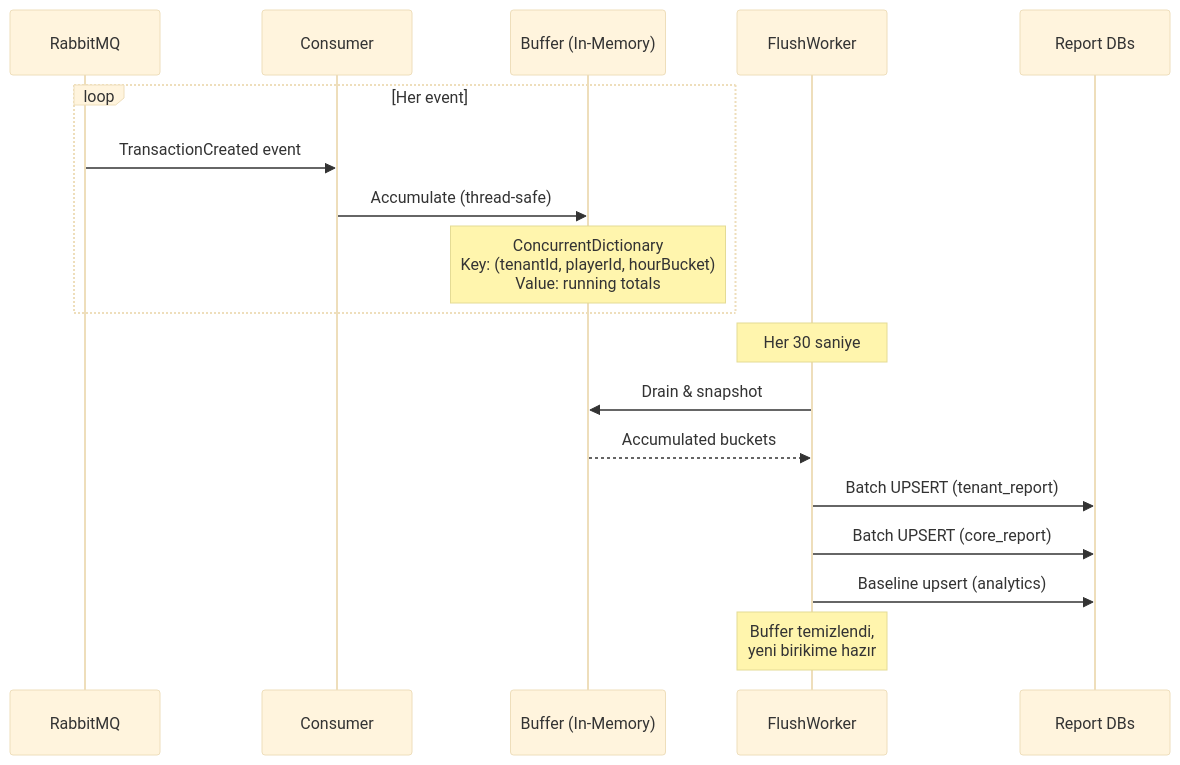
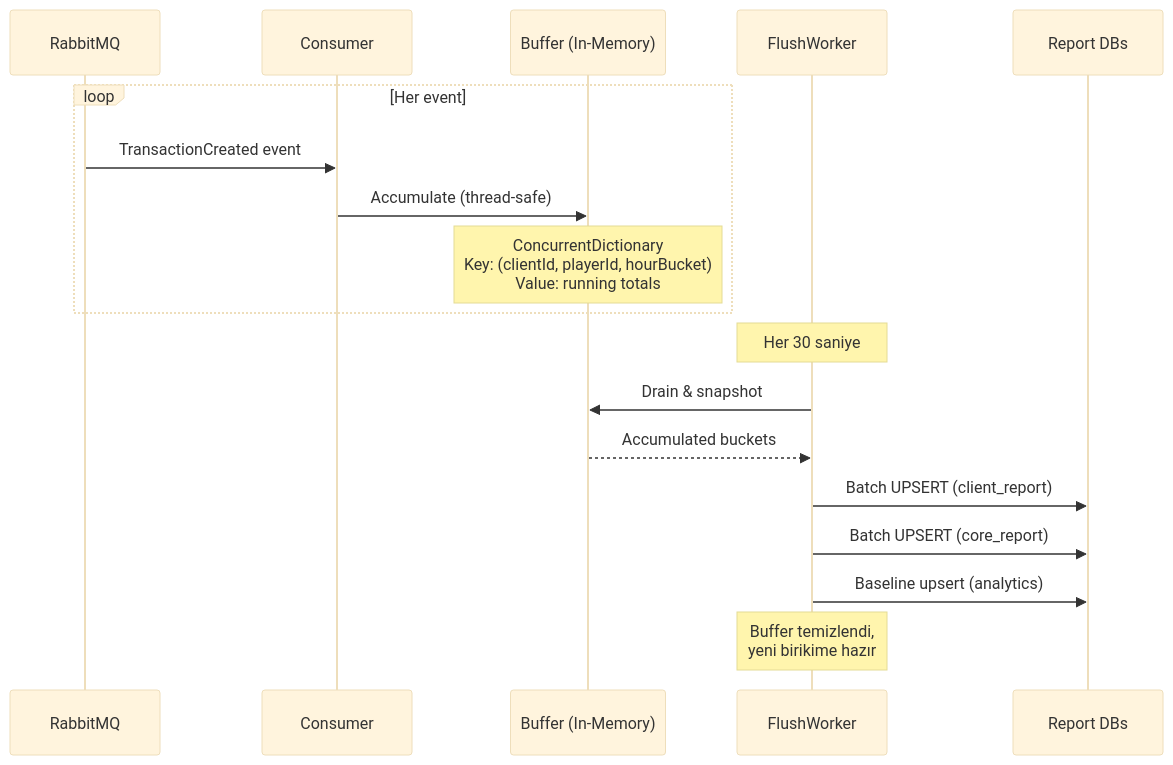
One commit to frhtshn/One.DB changed the third of 6 diagrams in .docs/guides/REPORT_CLUSTER_BACKEND.md. Above: the diagram before and after it, drawn with Mermaid (base theme). The commit also changed other lines of this file and 442 other files, not shown here.

First line of the commit message:
Nucleo → Sortis One ve tenant → client içerik güncellemeleri

````diff
--- a/.docs/guides/REPORT_CLUSTER_BACKEND.md
+++ b/.docs/guides/REPORT_CLUSTER_BACKEND.md
@@ -218,24 +218,24 @@
 ```mermaid
 sequenceDiagram
     participant MQ as RabbitMQ
     participant C as Consumer
     participant B as Buffer (In-Memory)
     participant F as FlushWorker
     participant DB as Report DBs
 
     loop Her event
         MQ->>C: TransactionCreated event
         C->>B: Accumulate (thread-safe)
-        Note over B: ConcurrentDictionary<br/>Key: (tenantId, playerId, hourBucket)<br/>Value: running totals
+        Note over B: ConcurrentDictionary<br/>Key: (clientId, playerId, hourBucket)<br/>Value: running totals
     end
 
     Note over F: Her 30 saniye
     F->>B: Drain & snapshot
     B-->>F: Accumulated buckets
 
-    F->>DB: Batch UPSERT (tenant_report)
+    F->>DB: Batch UPSERT (client_report)
     F->>DB: Batch UPSERT (core_report)
     F->>DB: Baseline upsert (analytics)
 
     Note over F: Buffer temizlendi,<br/>yeni birikime hazır
 ```
````
